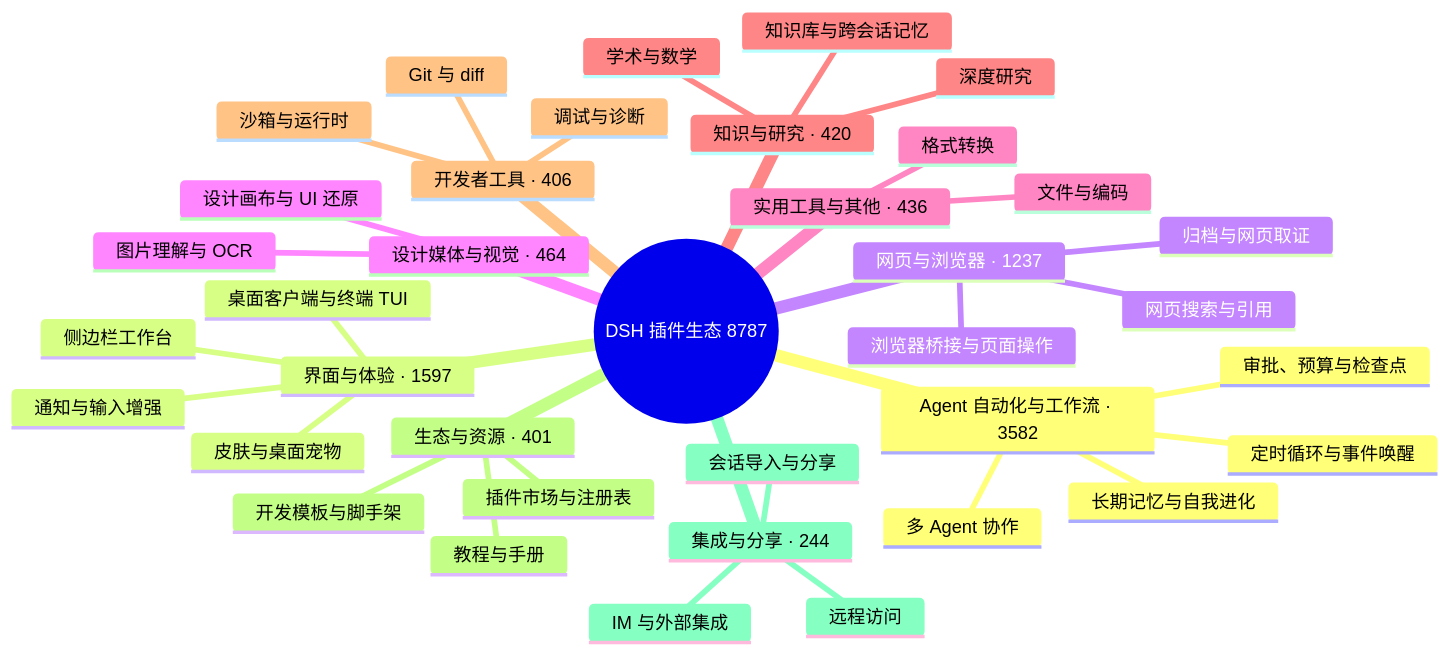
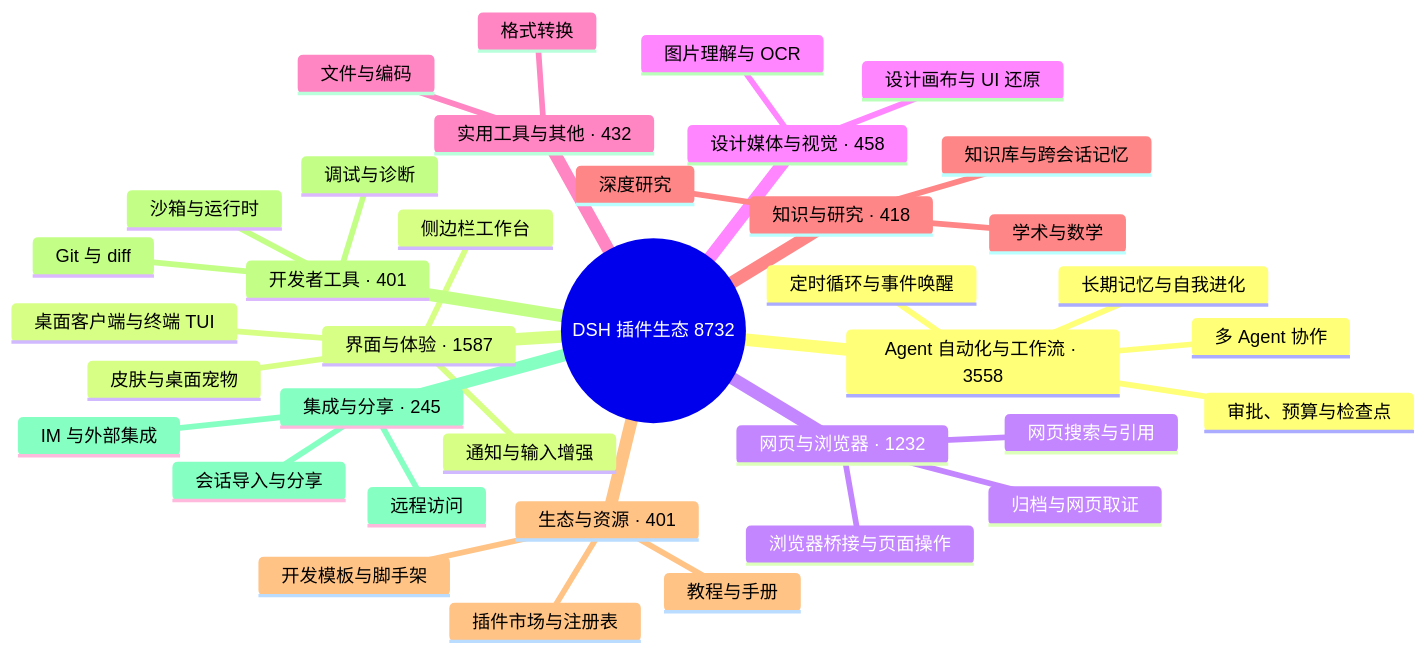
Before and after one commit to bruc3van/awesome-dsh-plugin: the diagram in README.md, drawn with Mermaid. The commit also changed other lines of this file and 8 other files, not shown here.

````diff
--- a/README.md
+++ b/README.md
@@ -33,40 +33,40 @@
 ```mermaid
 mindmap
-  root((DSH 插件生态 8787))
-    Agent 自动化与工作流 · 3582
+  root((DSH 插件生态 8732))
+    Agent 自动化与工作流 · 3558
       定时循环与事件唤醒
       多 Agent 协作
       长期记忆与自我进化
       审批、预算与检查点
-    界面与体验 · 1597
+    界面与体验 · 1587
       桌面客户端与终端 TUI
       侧边栏工作台
       皮肤与桌面宠物
       通知与输入增强
-    网页与浏览器 · 1237
+    网页与浏览器 · 1232
       浏览器桥接与页面操作
       网页搜索与引用
       归档与网页取证
-    设计媒体与视觉 · 464
+    设计媒体与视觉 · 458
       图片理解与 OCR
       设计画布与 UI 还原
-    实用工具与其他 · 436
+    实用工具与其他 · 432
       文件与编码
       格式转换
-    知识与研究 · 420
+    知识与研究 · 418
       知识库与跨会话记忆
       深度研究
       学术与数学
-    开发者工具 · 406
-      Git 与 diff
-      沙箱与运行时
-      调试与诊断
     生态与资源 · 401
       插件市场与注册表
       开发模板与脚手架
       教程与手册
-    集成与分享 · 244
+    开发者工具 · 401
+      Git 与 diff
+      沙箱与运行时
+      调试与诊断
+    集成与分享 · 245
       会话导入与分享
       远程访问
       IM 与外部集成
 ```
````
